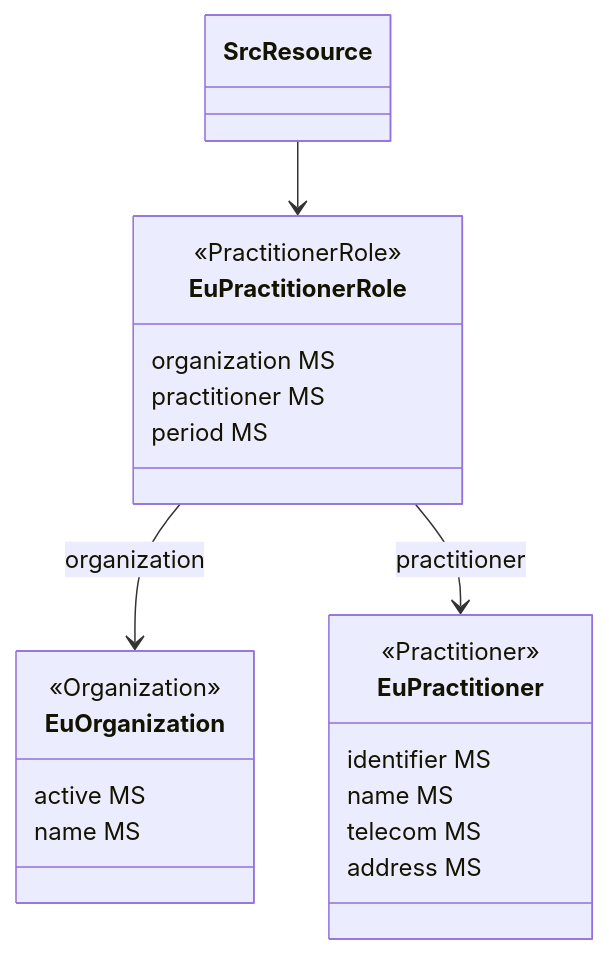
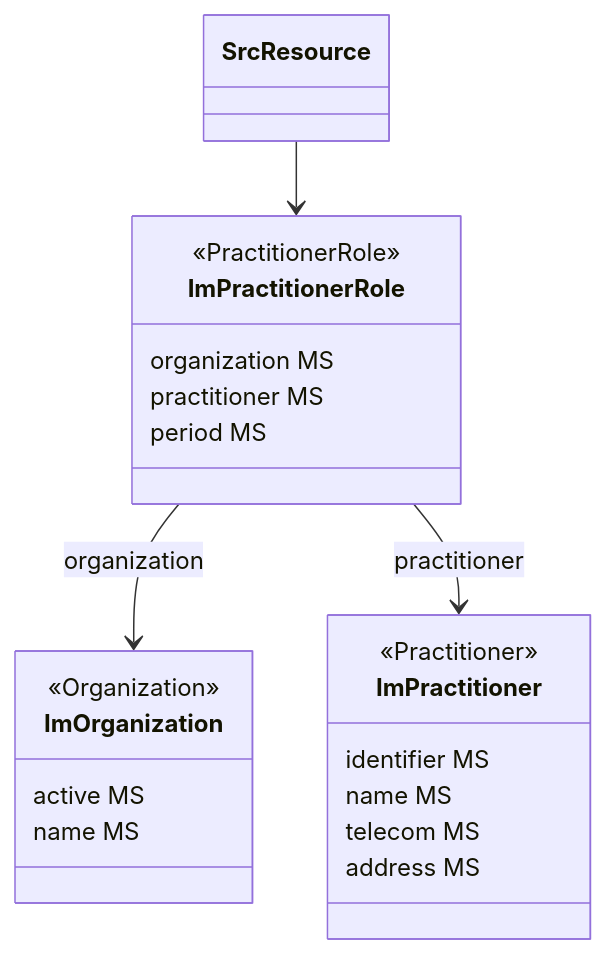
One commit to oijauregui/ehdsimaging-r5 changed the diagram in input/pagecontent/design-consideration-healthcareprofessional.md. Above: the diagram before and after it, drawn with Mermaid. The commit also changed other lines of this file and 12 other files, not shown here.

````diff
--- a/input/pagecontent/design-consideration-healthcareprofessional.md
+++ b/input/pagecontent/design-consideration-healthcareprofessional.md
@@ -6,26 +5,26 @@
 ```mermaid
 classDiagram
     class SrcResource
-    class EuPractitioner { 
+    class ImPractitioner { 
         <<Practitioner>>
         identifier MS
         name MS
         telecom MS
         address MS
     }
-    class EuPractitionerRole{ 
+    class ImPractitionerRole{ 
         <<PractitionerRole>>
         organization MS
         practitioner MS
         period MS
     }
-    class EuOrganization {
+    class ImOrganization {
         <<Organization>>
         active MS
         name MS
     }
 
-    SrcResource --> EuPractitionerRole
-    EuPractitionerRole --> EuOrganization: organization
-    EuPractitionerRole --> EuPractitioner: practitioner
+    SrcResource --> ImPractitionerRole
+    ImPractitionerRole --> ImOrganization: organization
+    ImPractitionerRole --> ImPractitioner: practitioner
 ```
````
